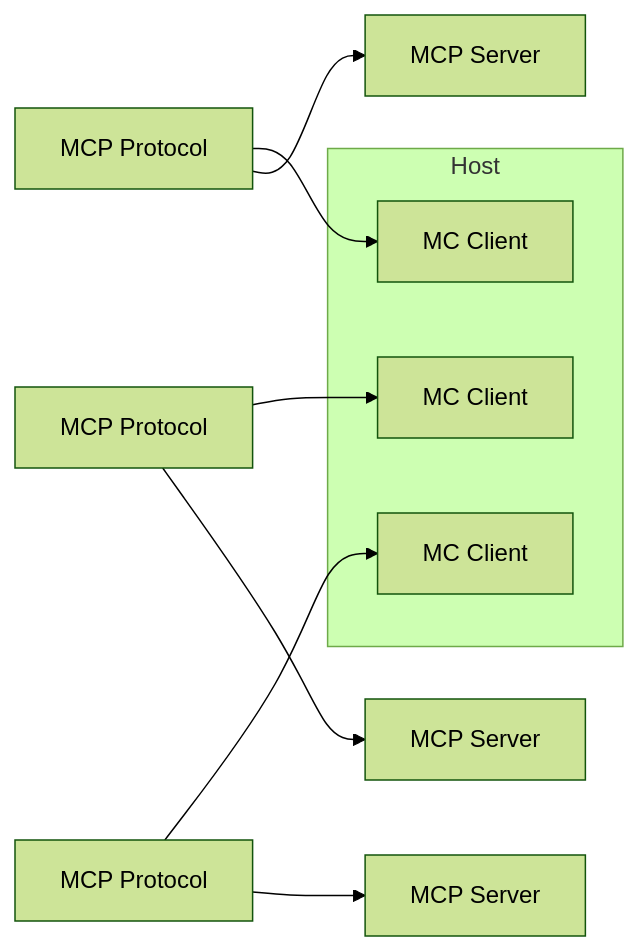
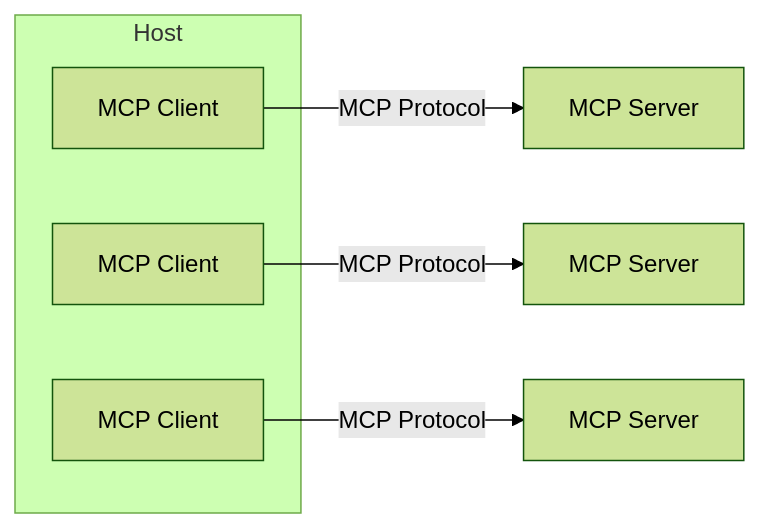
One commit to davila7/deeplearning-mcp changed the diagram in lessons/2_mcp_architecture.md. Above: the diagram before and after it, drawn with Mermaid (forest theme).

Commit message:
fix MCP architecture diagram in lesson 2

````diff
--- a/lessons/2_mcp_architecture.md
+++ b/lessons/2_mcp_architecture.md
@@ -7,25 +7,16 @@
 ```mermaid
 graph LR
-    subgraph Host [Host]
-        MC1[MC Client]
-        MC2[MC Client]
-        MC3[MC Client]
+    subgraph Host
+        A1[MCP Client]
+        A2[MCP Client]
+        A3[MCP Client]
     end
 
-    Proto1[MCP Protocol]
-    Proto2[MCP Protocol]
-    Proto3[MCP Protocol]
+    B1[MCP Server]
+    B2[MCP Server]
+    B3[MCP Server]
 
-    Server1[MCP Server]
-    Server2[MCP Server]
-    Server3[MCP Server]
-
-    Proto1 --> MC1
-    Proto2 --> MC2
-    Proto3 --> MC3
-
-    Proto1 --> Server1
-    Proto2 --> Server2
-    Proto3 --> Server3
-
+    A1 -- MCP Protocol --> B1
+    A2 -- MCP Protocol --> B2
+    A3 -- MCP Protocol --> B3
 ```
````
